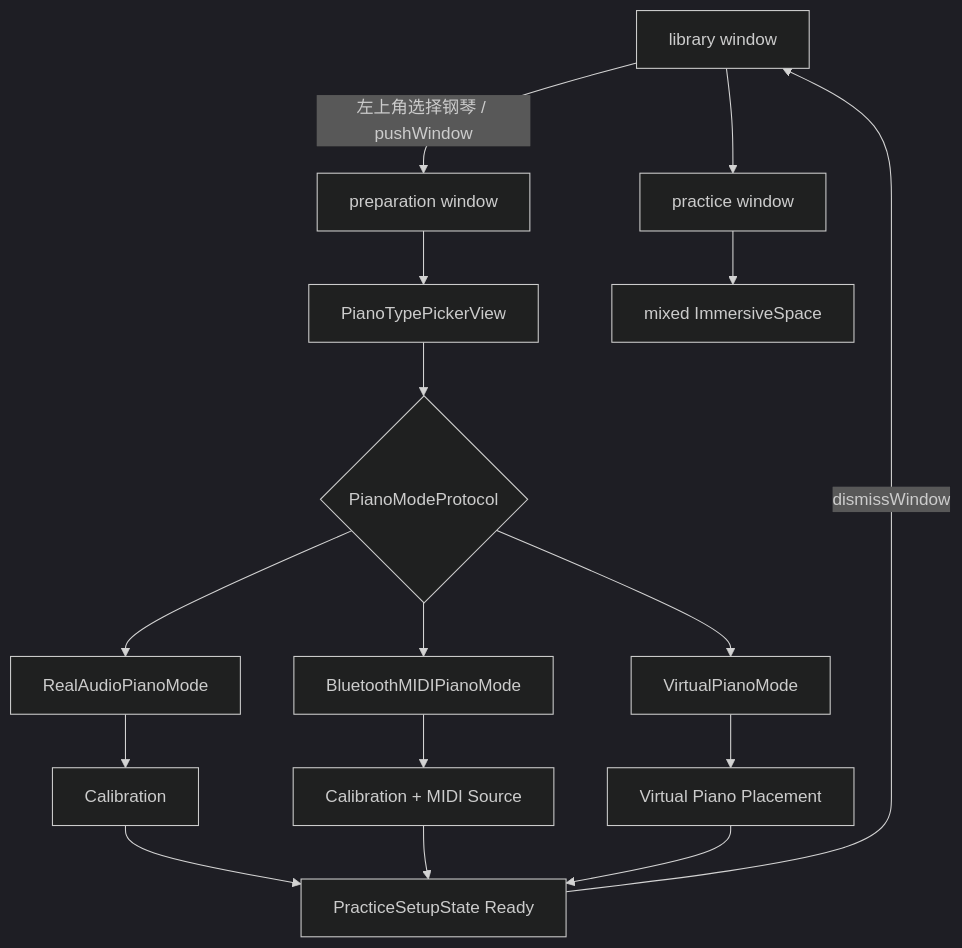
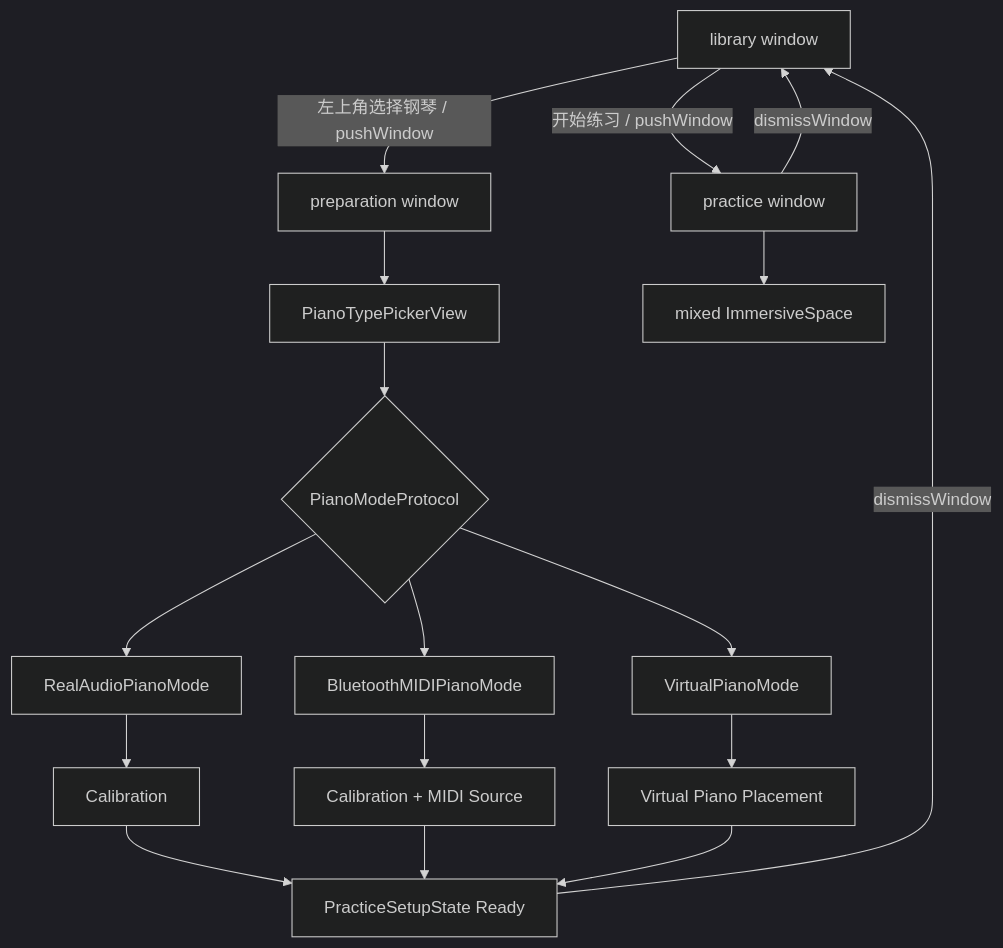
One commit to chiimagnus/Amoroso changed the first of 4 diagrams in docs/data-flow.md. Above: the diagram before and after it, drawn with Mermaid (dark theme). The commit also changed other lines of this file and 17 other files, not shown here.

Commit message:
重构：用 pushWindow 打开练习窗口

````diff
--- a/docs/data-flow.md
+++ b/docs/data-flow.md
@@ -19,18 +19,19 @@
 ```mermaid
 flowchart TD
   A[library window] -->|左上角选择钢琴 / pushWindow| B[preparation window]
   B --> C[PianoTypePickerView]
   C --> D{PianoModeProtocol}
   D --> E[RealAudioPianoMode]
   D --> F[BluetoothMIDIPianoMode]
   D --> G[VirtualPianoMode]
   E --> H[Calibration]
   F --> I[Calibration + MIDI Source]
   G --> J[Virtual Piano Placement]
   H --> K[PracticeSetupState Ready]
   I --> K
   J --> K
   K -->|dismissWindow| A
-  A --> L[practice window]
+  A -->|开始练习 / pushWindow| L[practice window]
+  L -->|dismissWindow| A
   L --> M[mixed ImmersiveSpace]
 ```
````
